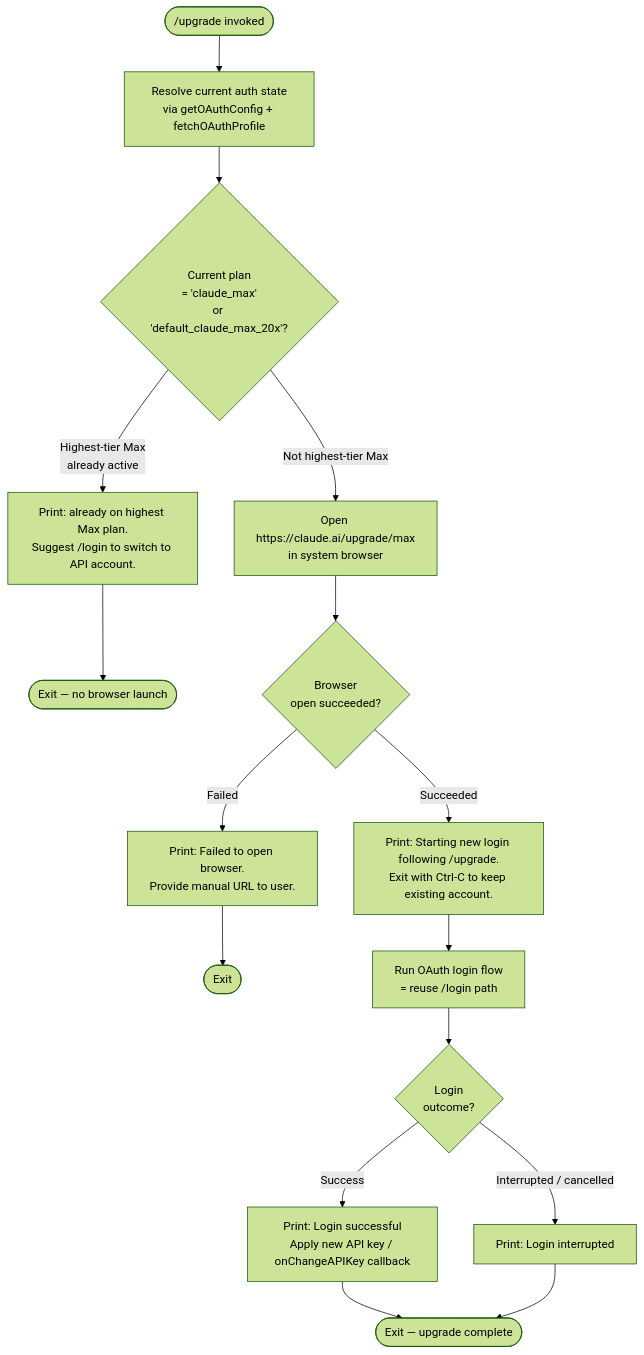
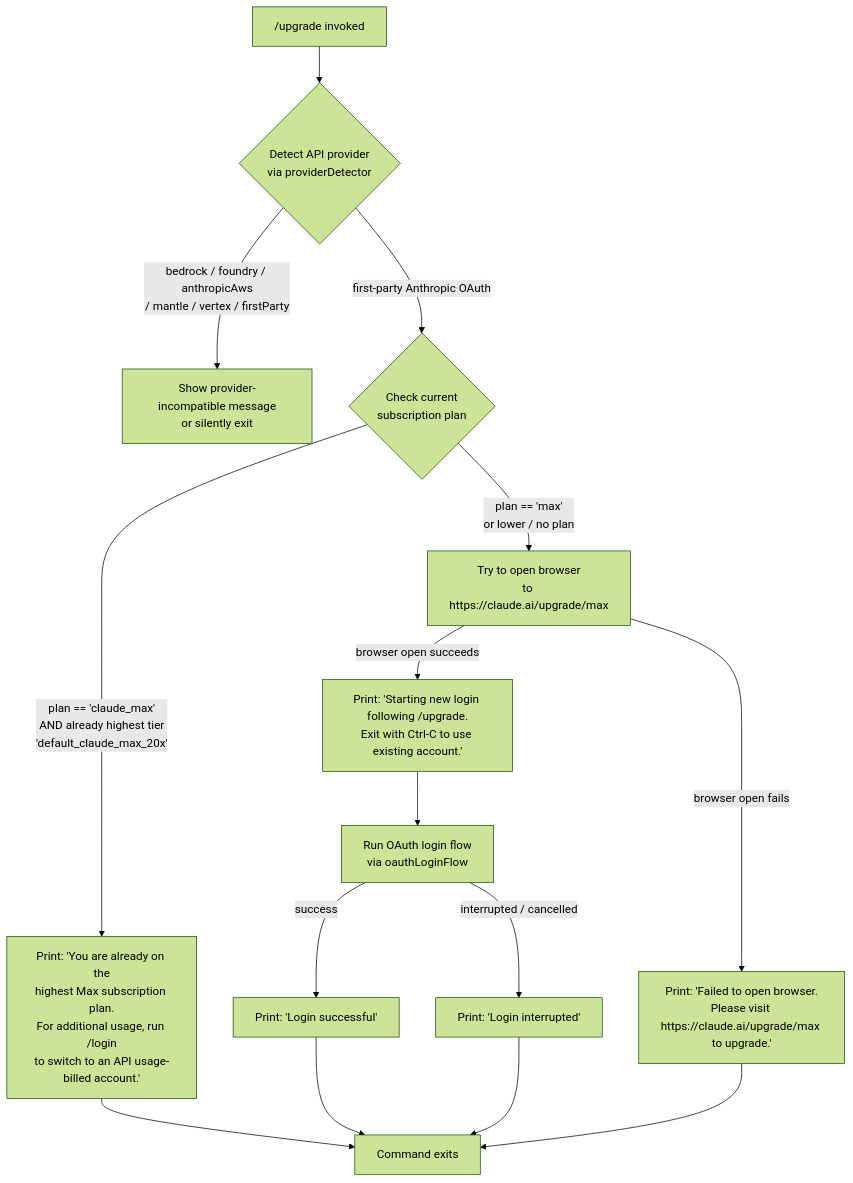
Before and after one commit to MyLittleLuckyDog/cc-gnothi: the diagram in versions/v2.1.143/upgrade.md, drawn with Mermaid (forest theme). The commit also changed other lines of this file and 87 other files, not shown here.

````diff
--- a/versions/v2.1.143/upgrade.md
+++ b/versions/v2.1.143/upgrade.md
@@ -45,18 +45,17 @@
 ```mermaid
 flowchart TD
-    A(["/upgrade invoked"]) --> B[Resolve current auth state\nvia getOAuthConfig + fetchOAuthProfile]
-    B --> C{Current plan\n= 'claude_max'\nor 'default_claude_max_20x'?}
-    C -- "Highest-tier Max\nalready active" --> D["Print: already on highest Max plan.\nSuggest /login to switch to API account."]
-    D --> Z([Exit — no browser launch])
-    C -- "Not highest-tier Max" --> E[Open https://claude.ai/upgrade/max\nin system browser]
-    E --> F{Browser\nopen succeeded?}
-    F -- "Failed" --> G["Print: Failed to open browser.\nProvide manual URL to user."]
-    G --> Z2([Exit])
-    F -- "Succeeded" --> H["Print: Starting new login following /upgrade.\nExit with Ctrl-C to keep existing account."]
-    H --> I[Run OAuth login flow\n= reuse /login path]
-    I --> J{Login\noutcome?}
-    J -- "Success" --> K["Print: Login successful\nApply new API key / onChangeAPIKey callback"]
-    J -- "Interrupted / cancelled" --> L["Print: Login interrupted"]
-    K --> Z3([Exit — upgrade complete])
-    L --> Z3
+    A["/upgrade invoked"] --> B{Detect API provider\nvia providerDetector}
+    B -->|bedrock / foundry / anthropicAws\n/ mantle / vertex / firstParty| C[Show provider-incompatible message\nor silently exit]
+    B -->|first-party Anthropic OAuth| D{Check current\nsubscription plan}
+    D -->|plan == 'claude_max'\nAND already highest tier\n'default_claude_max_20x'| E["Print: 'You are already on the\nhighest Max subscription plan.\nFor additional usage, run /login\nto switch to an API usage-billed account.'"]
+    D -->|plan == 'max'\nor lower / no plan| F[Try to open browser\nto https://claude.ai/upgrade/max]
+    F -->|browser open succeeds| G["Print: 'Starting new login following /upgrade.\nExit with Ctrl-C to use existing account.'"]
+    G --> H[Run OAuth login flow\nvia oauthLoginFlow]
+    H -->|success| I["Print: 'Login successful'"]
+    H -->|interrupted / cancelled| J["Print: 'Login interrupted'"]
+    F -->|browser open fails| K["Print: 'Failed to open browser.\nPlease visit https://claude.ai/upgrade/max to upgrade.'"]
+    E --> Z[Command exits]
+    I --> Z
+    J --> Z
+    K --> Z
 ```
````
